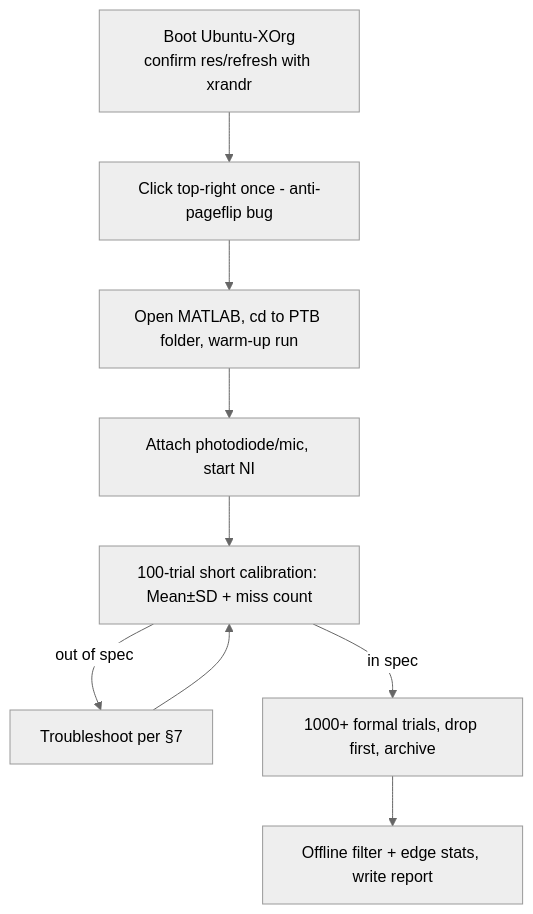
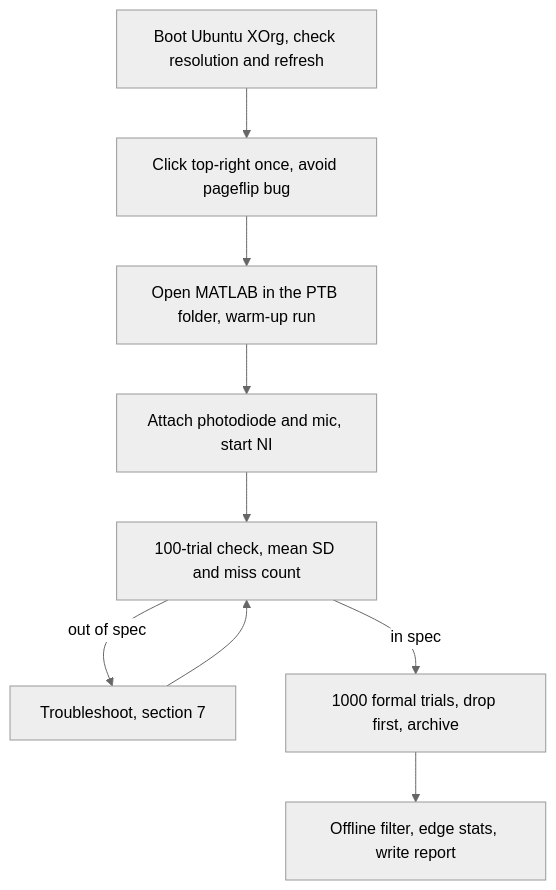
One commit to Echoguwy/ptb-av-timing changed the sixth of 6 diagrams in High-Precision-AV-Stimulation-Manual.md. Above: the diagram before and after it, drawn with Mermaid (neutral theme). The commit also changed other lines of this file and 1 other file, not shown here.

Commit message:
Fix English Mermaid diagrams that GitHub could not parse.

````diff
--- a/High-Precision-AV-Stimulation-Manual.md
+++ b/High-Precision-AV-Stimulation-Manual.md
@@ -268,11 +268,11 @@
 ```mermaid
 flowchart TD
-    S1[Boot Ubuntu-XOrg<br/>confirm res/refresh with xrandr] --> S2[Click top-right once - anti-pageflip bug]
-    S2 --> S3[Open MATLAB, cd to PTB folder, warm-up run]
-    S3 --> S4[Attach photodiode/mic, start NI]
-    S4 --> S5[100-trial short calibration: Mean±SD + miss count]
-    S5 -->|out of spec| T[Troubleshoot per §7]
+    S1["Boot Ubuntu XOrg, check resolution and refresh"] --> S2["Click top-right once, avoid pageflip bug"]
+    S2 --> S3["Open MATLAB in the PTB folder, warm-up run"]
+    S3 --> S4["Attach photodiode and mic, start NI"]
+    S4 --> S5["100-trial check, mean SD and miss count"]
+    S5 -->|out of spec| T["Troubleshoot, section 7"]
     T --> S5
-    S5 -->|in spec| S6[1000+ formal trials, drop first, archive]
-    S6 --> S7[Offline filter + edge stats, write report]
+    S5 -->|in spec| S6["1000 formal trials, drop first, archive"]
+    S6 --> S7["Offline filter, edge stats, write report"]
 ```
````
